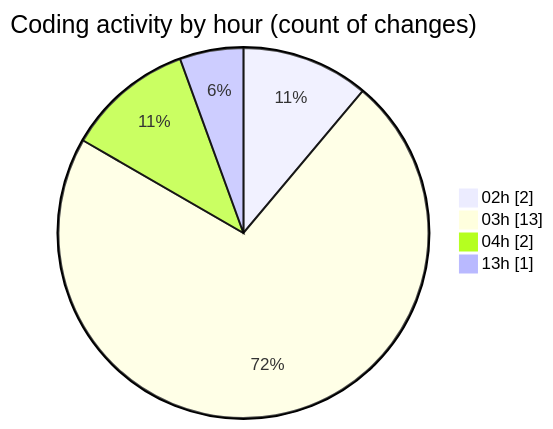
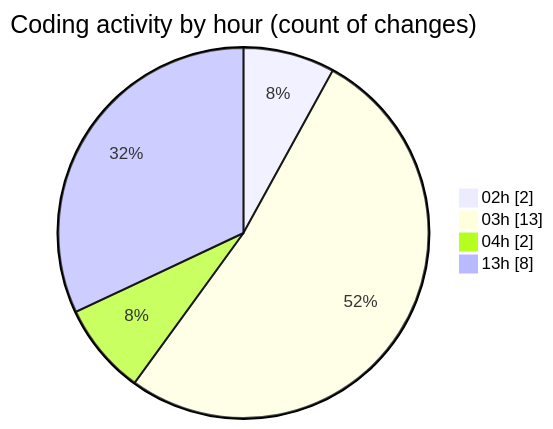
One commit to julien-gomy/code-tracking changed the second of 2 diagrams in 2025-11-28/eventscop-frontend-guide__workspace_/README.md. Above: the diagram before and after it, drawn with Mermaid. The commit also changed other lines of this file and 1 other file, not shown here.

````diff
--- a/2025-11-28/eventscop-frontend-guide__workspace_/README.md
+++ b/2025-11-28/eventscop-frontend-guide__workspace_/README.md
@@ -34,8 +37,8 @@
 ```mermaid
 pie showData
 title Coding activity by hour (count of changes)
 "02h" : 2
 "03h" : 13
 "04h" : 2
-"13h" : 1
+"13h" : 8
 ```
````
